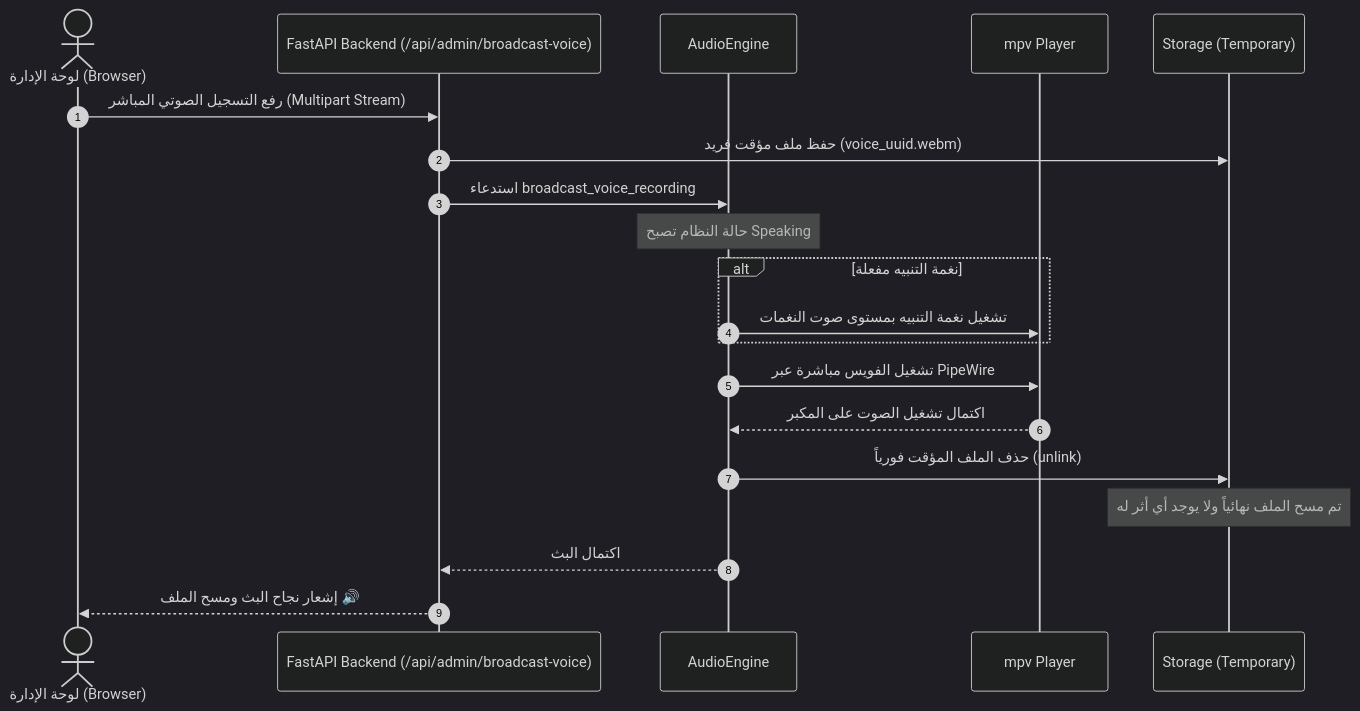
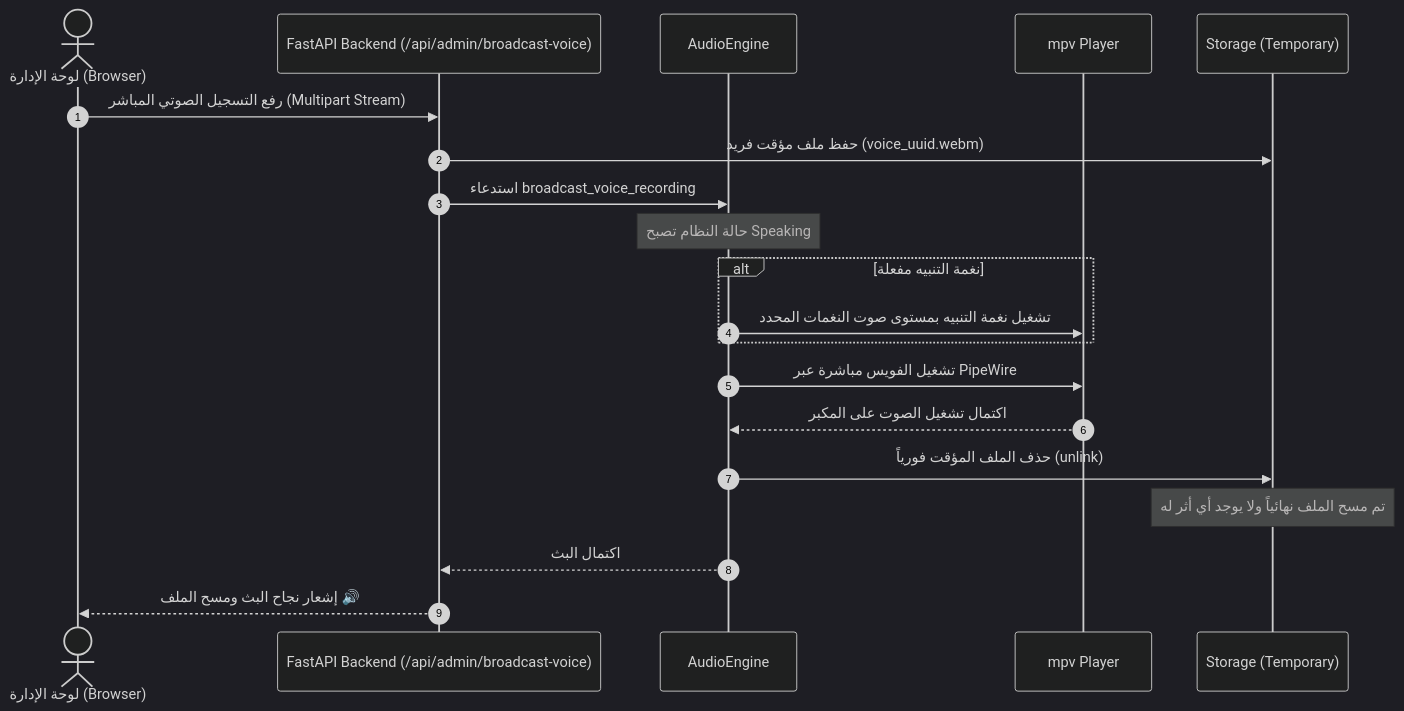
The second of 2 diagrams in docs/AUDIO_ENGINE.md (Moayad30/Kenel-ping), drawn with Mermaid (dark theme) before and after one commit. The commit also changed other lines of this file and 15 other files, not shown here.

````diff
--- a/docs/AUDIO_ENGINE.md
+++ b/docs/AUDIO_ENGINE.md
@@ -28,23 +100,23 @@
 ```mermaid
 sequenceDiagram
     autonumber
     actor Admin as لوحة الإدارة (Browser)
     participant API as FastAPI Backend (/api/admin/broadcast-voice)
     participant Engine as AudioEngine
     participant Player as mpv Player
     participant Disk as Storage (Temporary)
 
     Admin->>API: رفع التسجيل الصوتي المباشر (Multipart Stream)
     API->>Disk: حفظ ملف مؤقت فريد (voice_uuid.webm)
     API->>Engine: استدعاء broadcast_voice_recording
     Note over Engine: حالة النظام تصبح Speaking
     alt نغمة التنبيه مفعلة
-        Engine->>Player: تشغيل نغمة التنبيه بمستوى صوت النغمات
+        Engine->>Player: تشغيل نغمة التنبيه بمستوى صوت النغمات المحدد
     end
     Engine->>Player: تشغيل الفويس مباشرة عبر PipeWire
     Player-->>Engine: اكتمال تشغيل الصوت على المكبر
     Engine->>Disk: حذف الملف المؤقت فورياً (unlink)
     Note over Disk: تم مسح الملف نهائياً ولا يوجد أي أثر له
     Engine-->>API: اكتمال البث
     API-->>Admin: إشعار نجاح البث ومسح الملف 🔊
 ```
````
